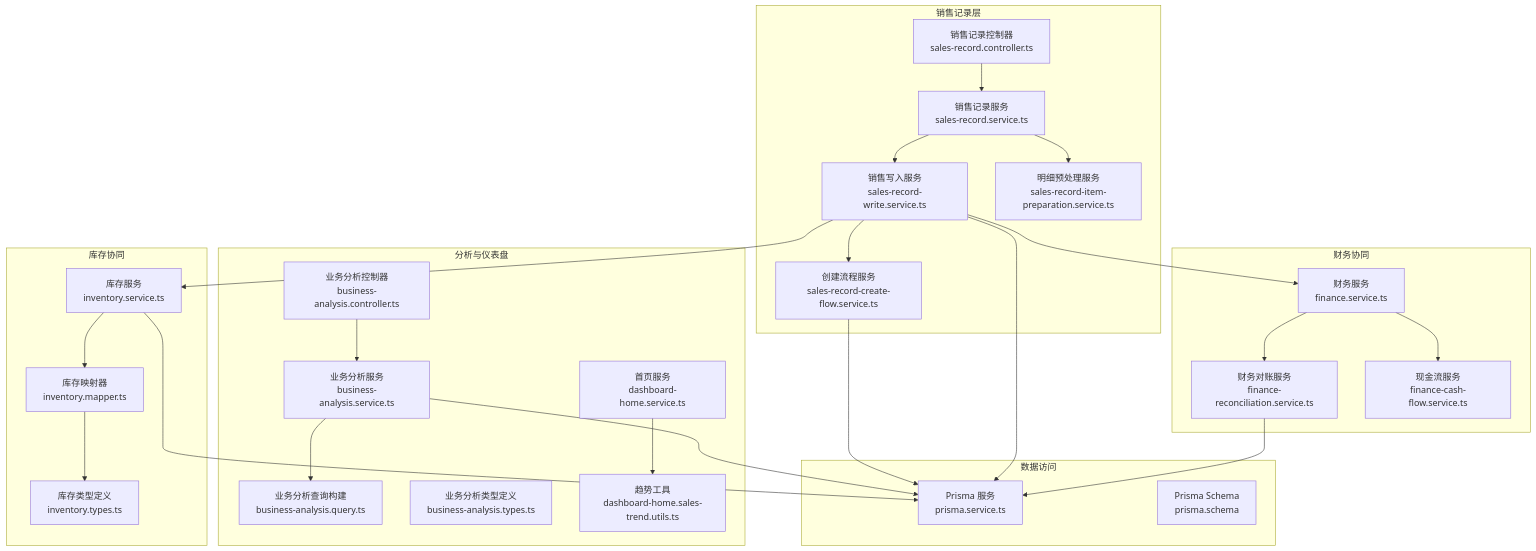
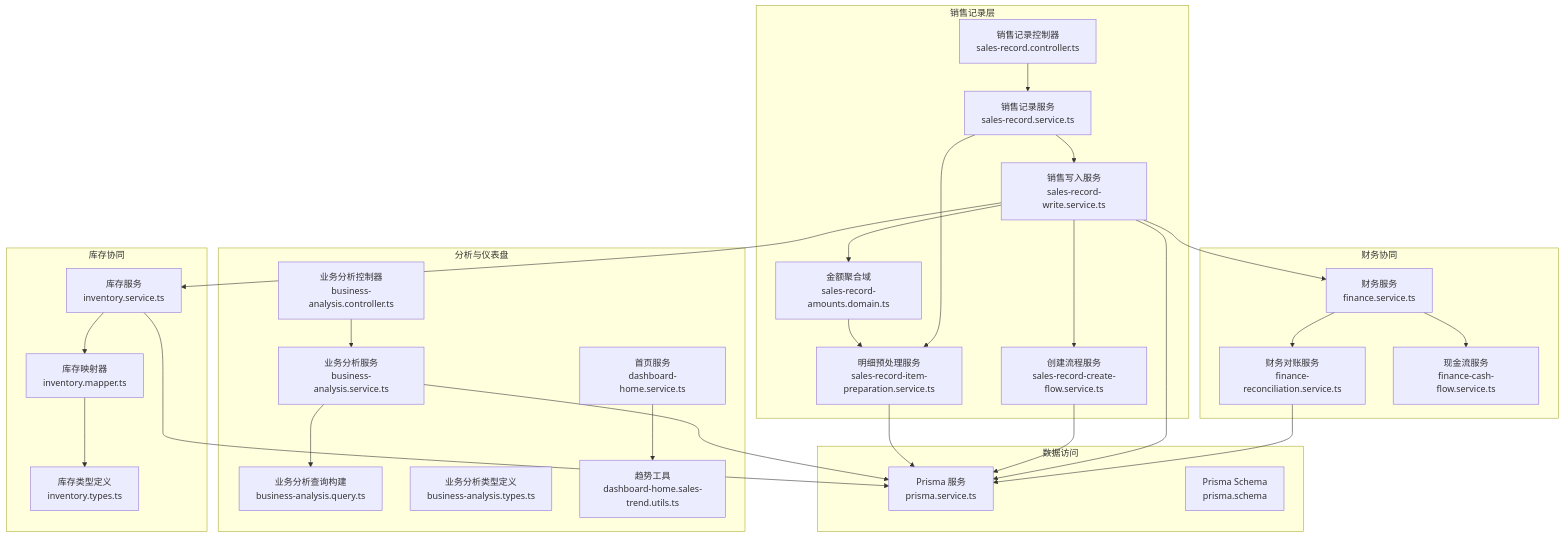
One commit to rc558620/purelyprofit-server changed the first of 6 diagrams in .qoder/repowiki/zh/content/业务模块/运营管理模块/销售管理.md. Above: the diagram before and after it, drawn with Mermaid. The commit also changed other lines of this file and 12 other files, not shown here.

````diff
--- a/.qoder/repowiki/zh/content/业务模块/运营管理模块/销售管理.md
+++ b/.qoder/repowiki/zh/content/业务模块/运营管理模块/销售管理.md
@@ -51,46 +62,50 @@
 ```mermaid
 graph TB
 subgraph "销售记录层"
 SRC["销售记录控制器<br/>sales-record.controller.ts"]
 SRS["销售记录服务<br/>sales-record.service.ts"]
 SRWS["销售写入服务<br/>sales-record-write.service.ts"]
 SRCF["创建流程服务<br/>sales-record-create-flow.service.ts"]
 SRIP["明细预处理服务<br/>sales-record-item-preparation.service.ts"]
+SRAD["金额聚合域<br/>sales-record-amounts.domain.ts"]
 end
 subgraph "分析与仪表盘"
 BAS["业务分析控制器<br/>business-analysis.controller.ts"]
 BASS["业务分析服务<br/>business-analysis.service.ts"]
 BAQ["业务分析查询构建<br/>business-analysis.query.ts"]
 BAT["业务分析类型定义<br/>business-analysis.types.ts"]
 DSH["首页服务<br/>dashboard-home.service.ts"]
 DSTU["趋势工具<br/>dashboard-home.sales-trend.utils.ts"]
 end
 subgraph "财务协同"
 FS["财务服务<br/>finance.service.ts"]
 FRS["财务对账服务<br/>finance-reconciliation.service.ts"]
 FCS["现金流服务<br/>finance-cash-flow.service.ts"]
 end
 subgraph "库存协同"
 IS["库存服务<br/>inventory.service.ts"]
 IM["库存映射器<br/>inventory.mapper.ts"]
 IT["库存类型定义<br/>inventory.types.ts"]
 end
 subgraph "数据访问"
 PS["Prisma 服务<br/>prisma.service.ts"]
 SCHEMA["Prisma Schema<br/>prisma.schema"]
 end
 SRC --> SRS --> SRWS --> SRCF
+SRWS --> SRAD
+SRAD --> SRIP
+SRIP --> PS
 SRWS --> IS
 SRWS --> FS
 SRS --> SRIP
 BAS --> BASS --> BAQ
 DSH --> DSTU
 FS --> FRS
 FS --> FCS
 IS --> IM --> IT
 SRCF --> PS
 SRWS --> PS
 BASS --> PS
 FRS --> PS
 IS --> PS
 ```
````
